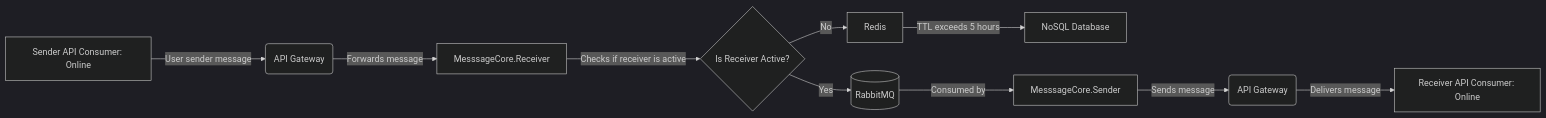
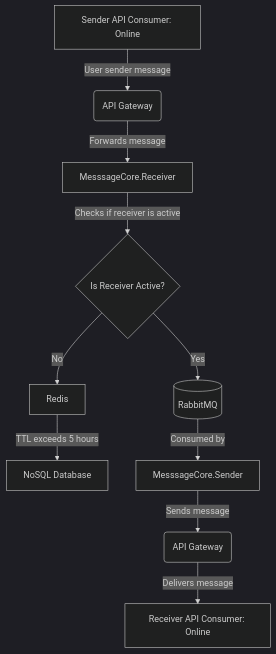
The diagram in README.md (Klik-Bait/Klik-Core), drawn with Mermaid (dark theme) before and after one commit.

Commit message:
make it vertical

````diff
--- a/README.md
+++ b/README.md
@@ -10,12 +10,13 @@
 ```mermaid
-graph LR
+graph TD
     A[Sender API Consumer: Online] -->|User sender message| B(API Gateway)
     B -->|Forwards message| C[MesssageCore.Receiver]
     C -->|Checks if receiver is active| X{Is Receiver Active?}
     X -->|Yes| D[(RabbitMQ)]
     X -->|No| R[Redis]
     R -->|TTL exceeds 5 hours| N[NoSQL Database]
     D -->|Consumed by| E[MesssageCore.Sender]
     E -->|Sends message| F(API Gateway)
     F -->|Delivers message| G[Receiver API Consumer: Online]
+
 ```
````
